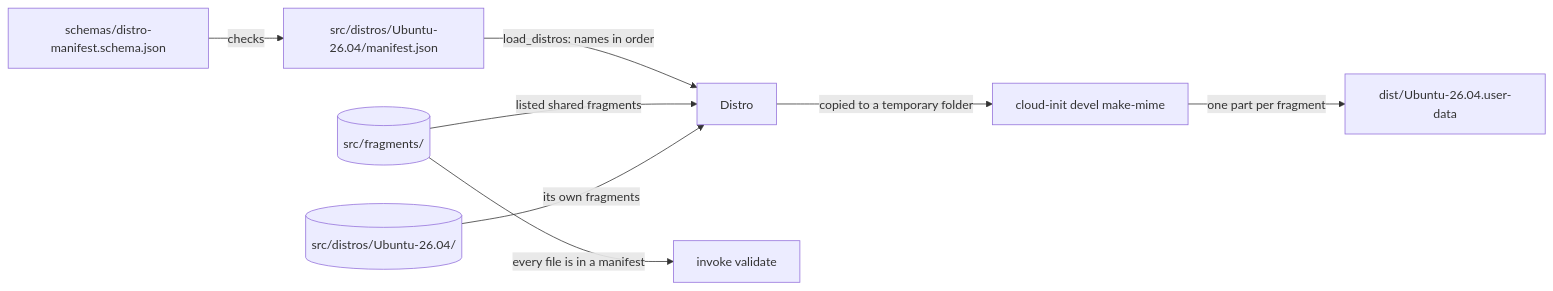
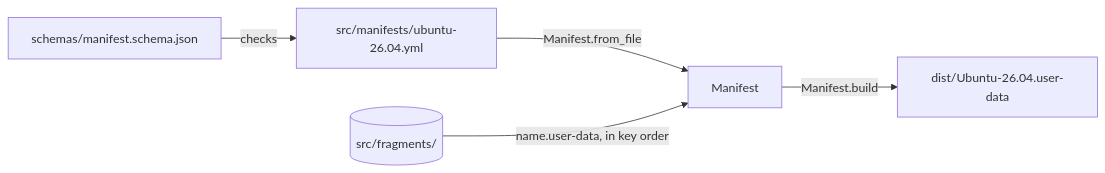
One commit to froazin/wsl changed the diagram in docs/distros.md. Above: the diagram before and after it, drawn with Mermaid. The commit also changed other lines of this file and 58 other files, not shown here.

Commit message:
refactor(cloud-init)!: Simplify image build (#11)

````diff
--- a/docs/distros.md
+++ b/docs/distros.md
@@ -31,12 +30,9 @@
 ```mermaid
 flowchart LR
-    accTitle: How a manifest builds a distro's user-data
-    accDescr: load_distros reads each manifest.json in src/distros, such as Ubuntu-26.04's, and checks it against the schema. It finds each fragment the manifest lists in the distro's own folder or in src/fragments. The build copies them into a temporary folder and runs make-mime there, which writes the distro's user-data to dist. The validation checks every shared fragment is in a manifest.
-    schema["schemas/distro-manifest.schema.json"] -->|checks| manifest["src/distros/Ubuntu-26.04/manifest.json"]
-    manifest -->|"load_distros: names in order"| distro["Distro"]
-    shared[("src/fragments/")] -->|"listed shared fragments"| distro
-    own[("src/distros/Ubuntu-26.04/")] -->|"its own fragments"| distro
-    distro -->|"copied to a temporary folder"| mime["cloud-init devel make-mime"]
-    mime -->|"one part per fragment"| dist["dist/Ubuntu-26.04.user-data"]
-    shared -->|"every file is in a manifest"| validation["invoke validate"]
+    accTitle: How a manifest becomes a distro's user-data
+    accDescr: Manifest.from_file reads src/manifests/ubuntu-26.04.yml, checks it against schemas/manifest.schema.json and turns each fragment name into its path in src/fragments, in key order. Manifest.build joins the fragments into dist/Ubuntu-26.04.user-data, named after the manifest's name field.
+    schema["schemas/manifest.schema.json"] -->|checks| file["src/manifests/ubuntu-26.04.yml"]
+    file -->|"Manifest.from_file"| manifest["Manifest"]
+    fragments[("src/fragments/")] -->|"name.user-data, in key order"| manifest
+    manifest -->|"Manifest.build"| dist["dist/Ubuntu-26.04.user-data"]
 ```
````
